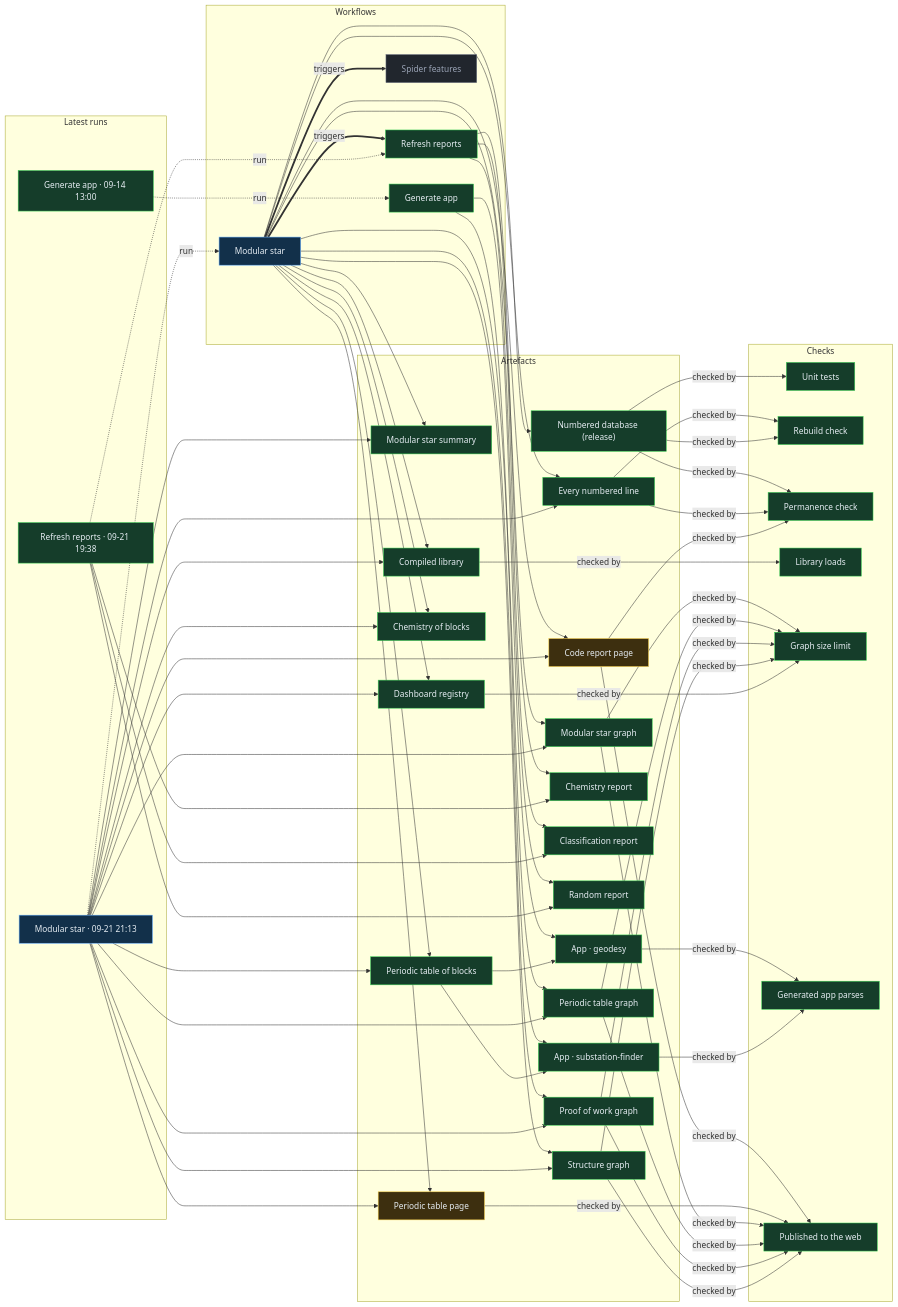
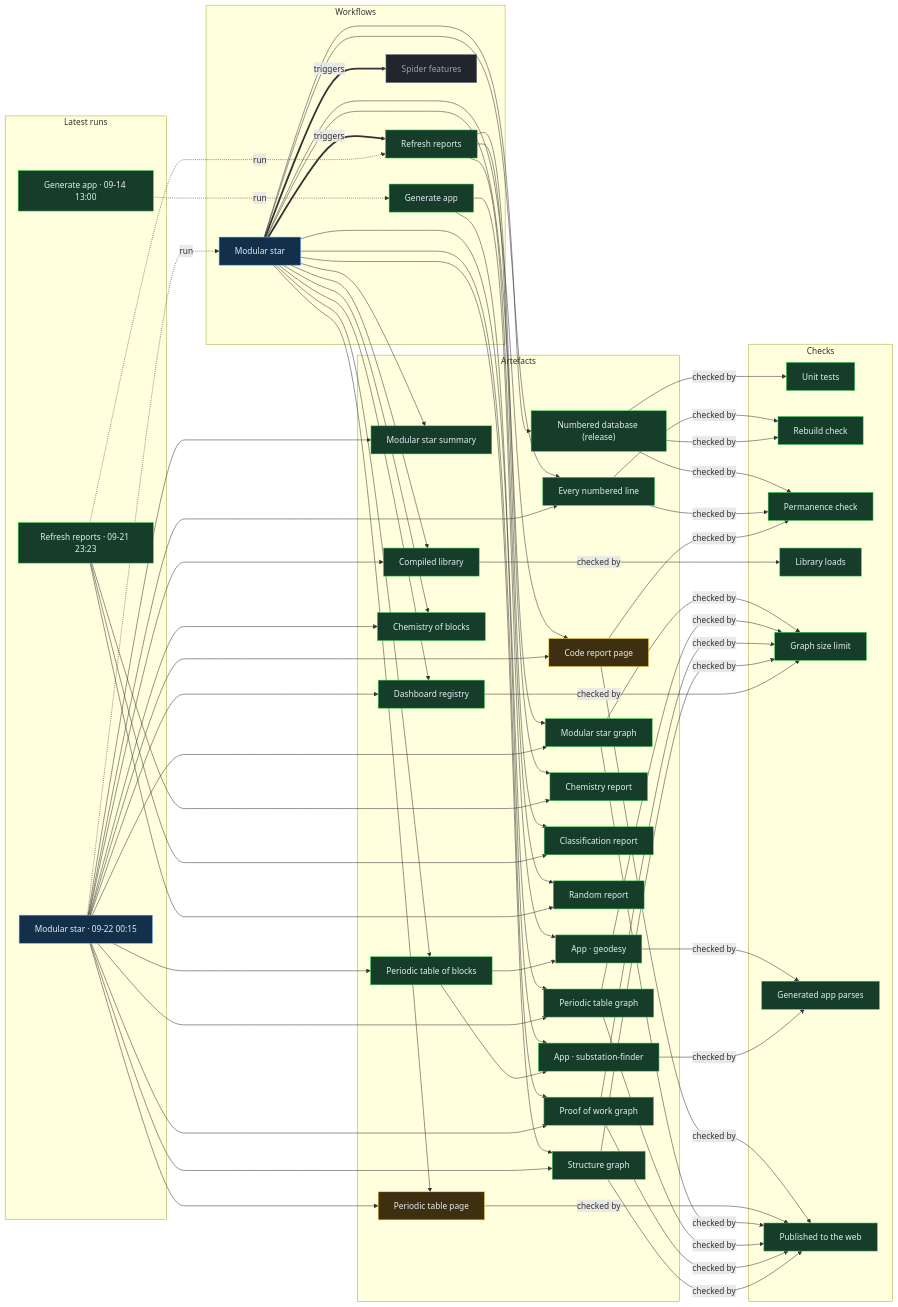
One commit to Ventusltd/stars changed the diagram in proof/PROOF.md. Above: the diagram before and after it, drawn with Mermaid. The commit also changed other lines of this file and 124 other files, not shown here.

Commit message:
Modular star 2026-09-22T00:17Z

```diff
--- a/proof/PROOF.md
+++ b/proof/PROOF.md
@@ -24,8 +24,8 @@
   n_wf_spider_features["Spider features"]:::off
   end
   subgraph g_runs["Latest runs"]
-  n_run_35655887531["Modular star · 09-21 21:13"]:::live
-  n_run_35646112894["Refresh reports · 09-21 19:38"]:::ok
+  n_run_35671203762["Modular star · 09-22 00:15"]:::live
+  n_run_35667333608["Refresh reports · 09-21 23:23"]:::ok
   n_run_34846587798["Generate app · 09-14 13:00"]:::ok
   end
   subgraph g_artefacts["Artefacts"]
@@ -59,39 +59,39 @@
   end
   n_wf_modular_star == triggers ==> n_wf_refresh
   n_wf_modular_star == triggers ==> n_wf_spider_features
-  n_run_35655887531 -. run .-> n_wf_modular_star
-  n_run_35646112894 -. run .-> n_wf_refresh
+  n_run_35671203762 -. run .-> n_wf_modular_star
+  n_run_35667333608 -. run .-> n_wf_refresh
   n_run_34846587798 -. run .-> n_wf_generate
   n_wf_modular_star --> n_art_summary
-  n_run_35655887531 --> n_art_summary
+  n_run_35671203762 --> n_art_summary
   n_wf_modular_star --> n_art_lines
-  n_run_35655887531 --> n_art_lines
+  n_run_35671203762 --> n_art_lines
   n_wf_modular_star --> n_art_code
-  n_run_35655887531 --> n_art_code
+  n_run_35671203762 --> n_art_code
   n_wf_modular_star --> n_art_modular_graph
-  n_run_35655887531 --> n_art_modular_graph
+  n_run_35671203762 --> n_art_modular_graph
   n_wf_modular_star --> n_art_blocks
-  n_run_35655887531 --> n_art_blocks
+  n_run_35671203762 --> n_art_blocks
   n_wf_modular_star --> n_art_table
-  n_run_35655887531 --> n_art_table
+  n_run_35671203762 --> n_art_table
   n_wf_modular_star --> n_art_blocks_graph
-  n_run_35655887531 --> n_art_blocks_graph
+  n_run_35671203762 --> n_art_blocks_graph
   n_wf_modular_star --> n_art_reactions
-  n_run_35655887531 --> n_art_reactions
+  n_run_35671203762 --> n_art_reactions
   n_wf_modular_star --> n_art_library
-  n_run_35655887531 --> n_art_library
+  n_run_35671203762 --> n_art_library
   n_wf_modular_star --> n_art_features
-  n_run_35655887531 --> n_art_features
+  n_run_35671203762 --> n_art_features
   n_wf_modular_star --> n_art_proof
-  n_run_35655887531 --> n_art_proof
+  n_run_35671203762 --> n_art_proof
   n_wf_modular_star --> n_art_structure
-  n_run_35655887531 --> n_art_structure
+  n_run_35671203762 --> n_art_structure
   n_wf_refresh --> n_art_chemistry
-  n_run_35646112894 --> n_art_chemistry
+  n_run_35667333608 --> n_art_chemistry
   n_wf_refresh --> n_art_vedic
-  n_run_35646112894 --> n_art_vedic
+  n_run_35667333608 --> n_art_vedic
   n_wf_refresh --> n_art_random
-  n_run_35646112894 --> n_art_random
+  n_run_35667333608 --> n_art_random
   n_wf_modular_star --> n_art_release
   n_wf_generate --> n_app_geodesy
   n_art_blocks --> n_app_geodesy
```
